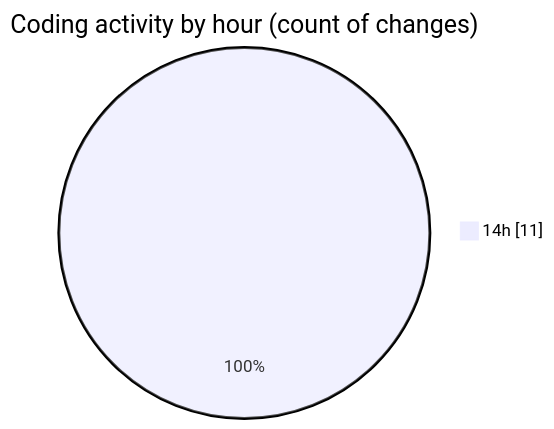
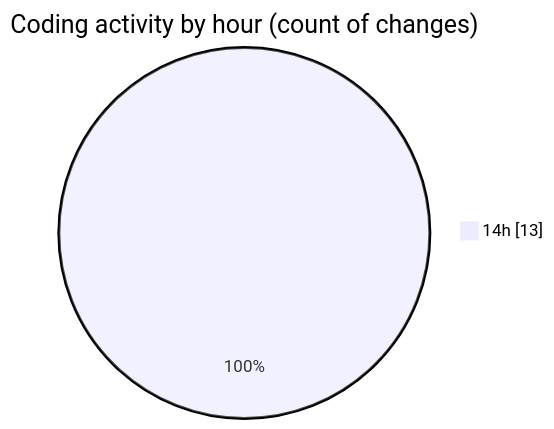
One commit to NitaiMahat/code-tracking changed the second of 2 diagrams in 2025-02-07/recipe-page-main/README.md. Above: the diagram before and after it, drawn with Mermaid. The commit also changed other lines of this file and 1 other file, not shown here.

````diff
--- a/2025-02-07/recipe-page-main/README.md
+++ b/2025-02-07/recipe-page-main/README.md
@@ -30,5 +30,5 @@
 ```mermaid
 pie showData
 title Coding activity by hour (count of changes)
-"14h" : 11
+"14h" : 13
 ```
````
